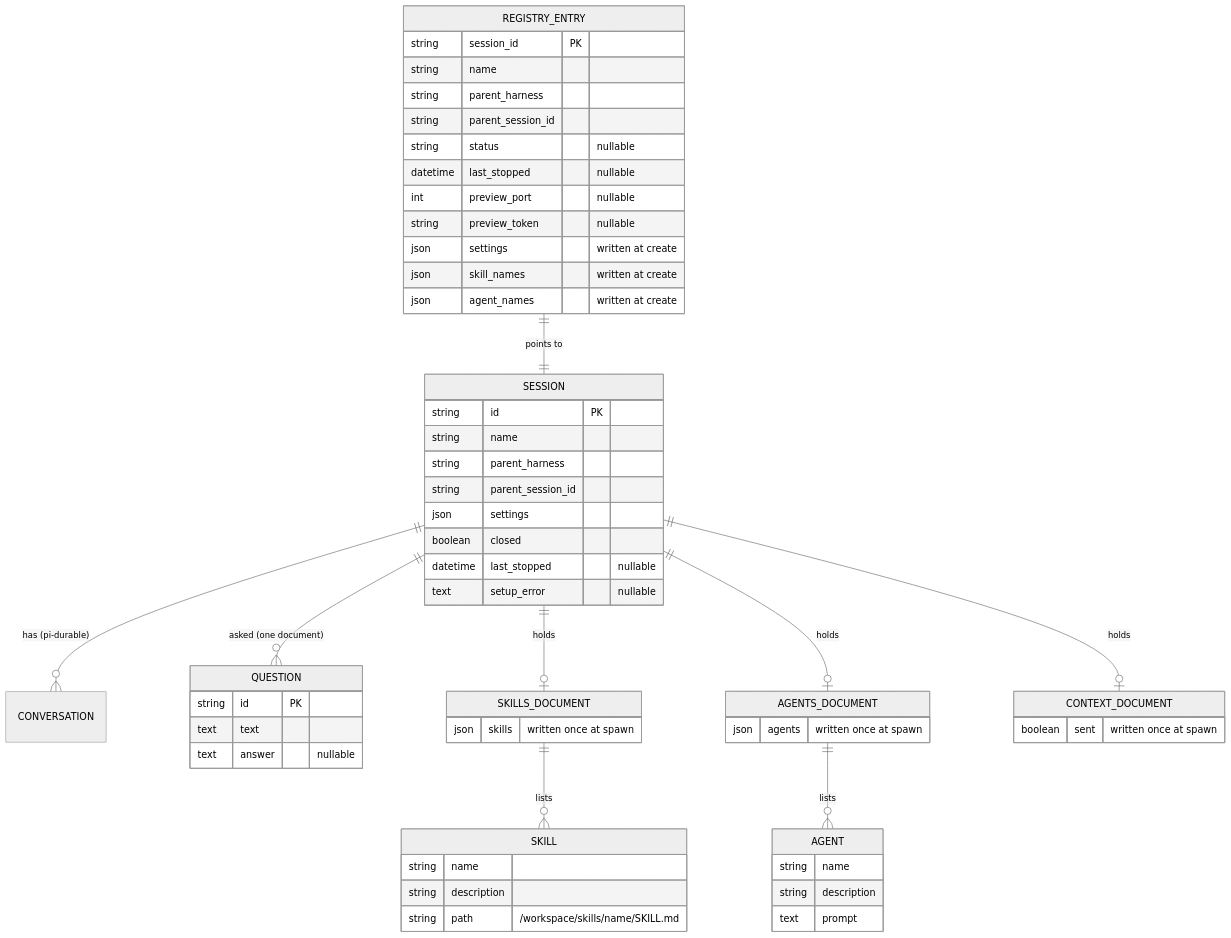
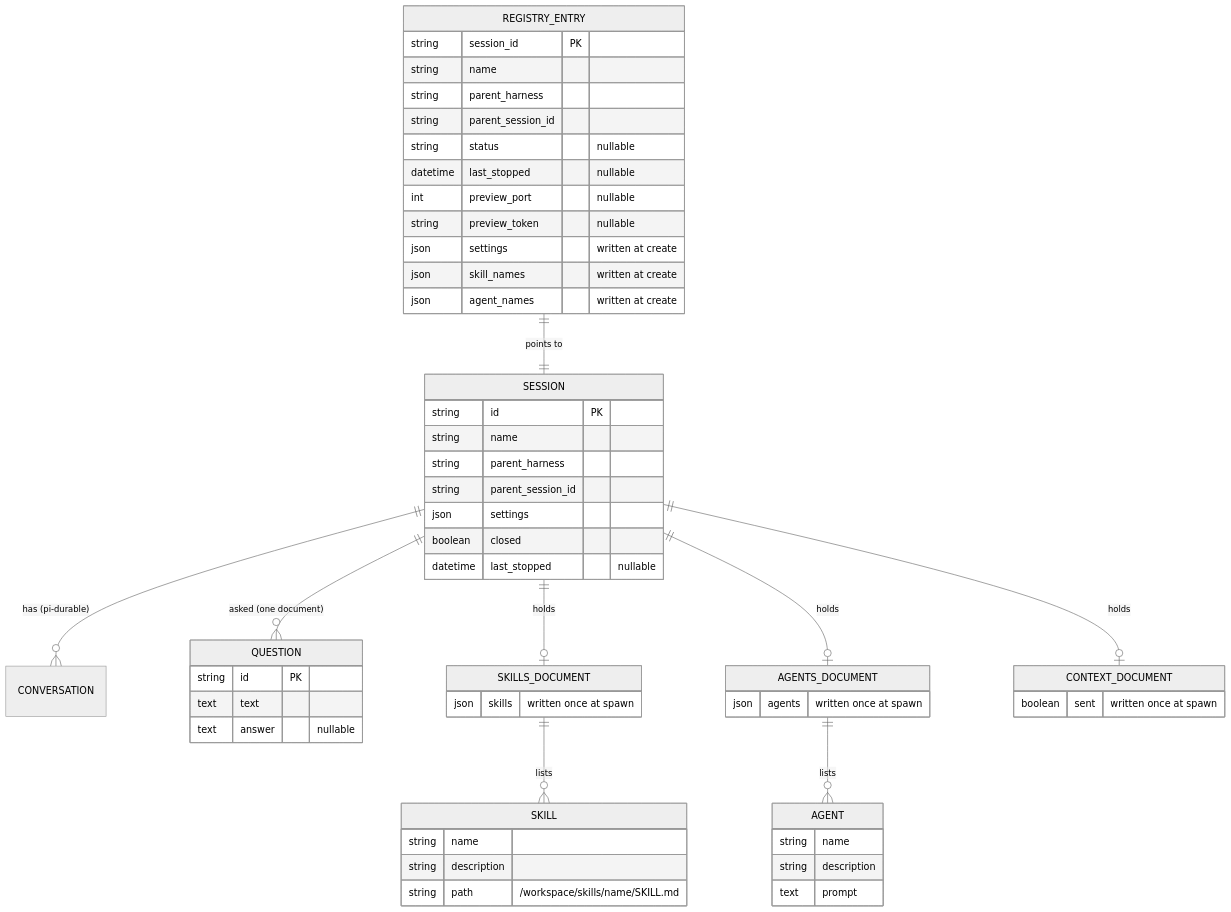
Before and after one commit to asermax/tentacles: the second of 8 diagrams in docs/technical-design/sessions.md, drawn with Mermaid (neutral theme). The commit also changed other lines of this file and 9 other files, not shown here.

````diff
--- a/docs/technical-design/sessions.md
+++ b/docs/technical-design/sessions.md
@@ -64,58 +64,57 @@
 ```mermaid
 erDiagram
     REGISTRY_ENTRY ||--|| SESSION : "points to"
     SESSION ||--o{ CONVERSATION : "has (pi-durable)"
     SESSION ||--o{ QUESTION : "asked (one document)"
     SESSION ||--o| SKILLS_DOCUMENT : "holds"
     SESSION ||--o| AGENTS_DOCUMENT : "holds"
     SESSION ||--o| CONTEXT_DOCUMENT : "holds"
     SKILLS_DOCUMENT ||--o{ SKILL : "lists"
     AGENTS_DOCUMENT ||--o{ AGENT : "lists"
     REGISTRY_ENTRY {
         string session_id PK
         string name
         string parent_harness
         string parent_session_id
         string status "nullable"
         datetime last_stopped "nullable"
         int preview_port "nullable"
         string preview_token "nullable"
         json settings "written at create"
         json skill_names "written at create"
         json agent_names "written at create"
     }
     SESSION {
         string id PK
         string name
         string parent_harness
         string parent_session_id
         json settings
         boolean closed
         datetime last_stopped "nullable"
-        text setup_error "nullable"
     }
     QUESTION {
         string id PK
         text text
         text answer "nullable"
     }
     SKILLS_DOCUMENT {
         json skills "written once at spawn"
     }
     AGENTS_DOCUMENT {
         json agents "written once at spawn"
     }
     CONTEXT_DOCUMENT {
         boolean sent "written once at spawn"
     }
     SKILL {
         string name
         string description
         string path "/workspace/skills/name/SKILL.md"
     }
     AGENT {
         string name
         string description
         text prompt
     }
 ```
````
